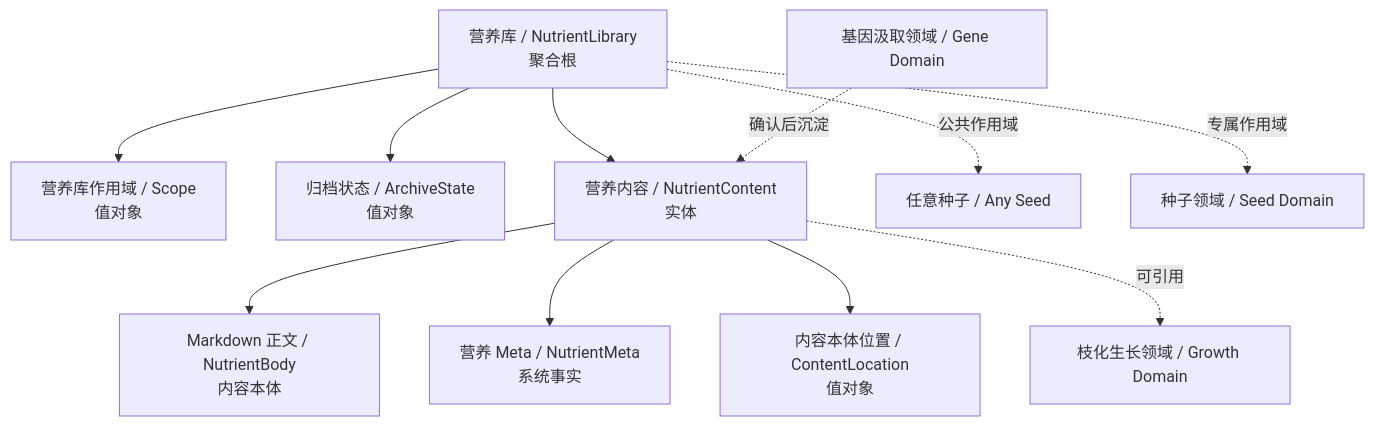
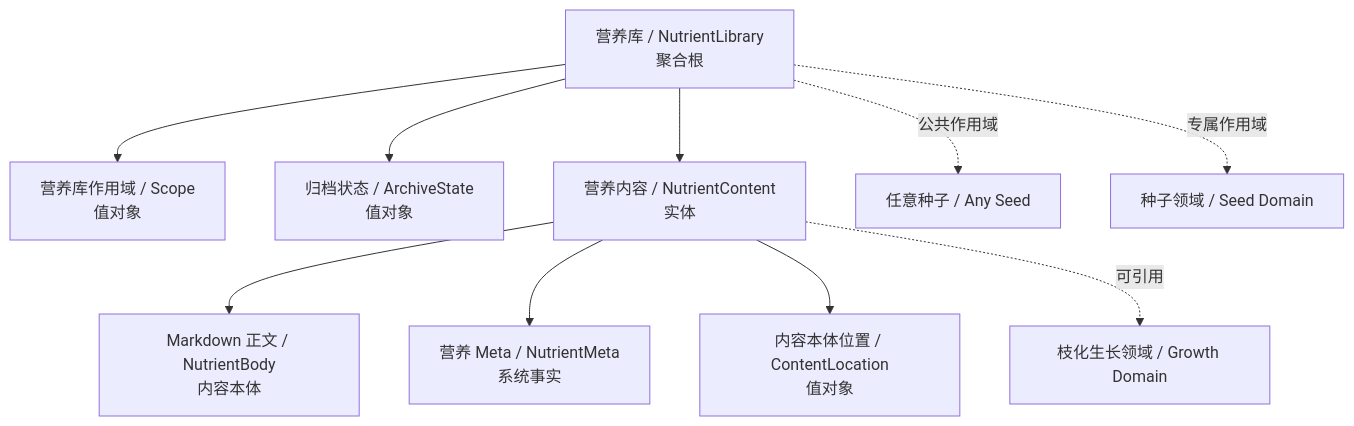
One commit to Time-Machine-Lab/ContentForest changed the first of 3 diagrams in docs/design/domain/营养库领域模块设计文档.md. Above: the diagram before and after it, drawn with Mermaid. The commit also changed other lines of this file and 32 other files, not shown here.

````diff
--- a/docs/design/domain/营养库领域模块设计文档.md
+++ b/docs/design/domain/营养库领域模块设计文档.md
@@ -28,13 +27,12 @@
 ```mermaid
 graph TD
     Library["营养库 / NutrientLibrary<br/>聚合根"] --> Scope["营养库作用域 / Scope<br/>值对象"]
     Library --> LibraryState["归档状态 / ArchiveState<br/>值对象"]
     Library --> NutrientContent["营养内容 / NutrientContent<br/>实体"]
     NutrientContent --> NutrientBody["Markdown 正文 / NutrientBody<br/>内容本体"]
     NutrientContent --> NutrientMeta["营养 Meta / NutrientMeta<br/>系统事实"]
     NutrientContent --> ContentLocation["内容本体位置 / ContentLocation<br/>值对象"]
     Library -.公共作用域.-> AnySeed["任意种子 / Any Seed"]
     Library -.专属作用域.-> SeedDomain["种子领域 / Seed Domain"]
     NutrientContent -.可引用.-> GrowthDomain["枝化生长领域 / Growth Domain"]
-    GeneDomain["基因汲取领域 / Gene Domain"] -.确认后沉淀.-> NutrientContent
 ```
````
